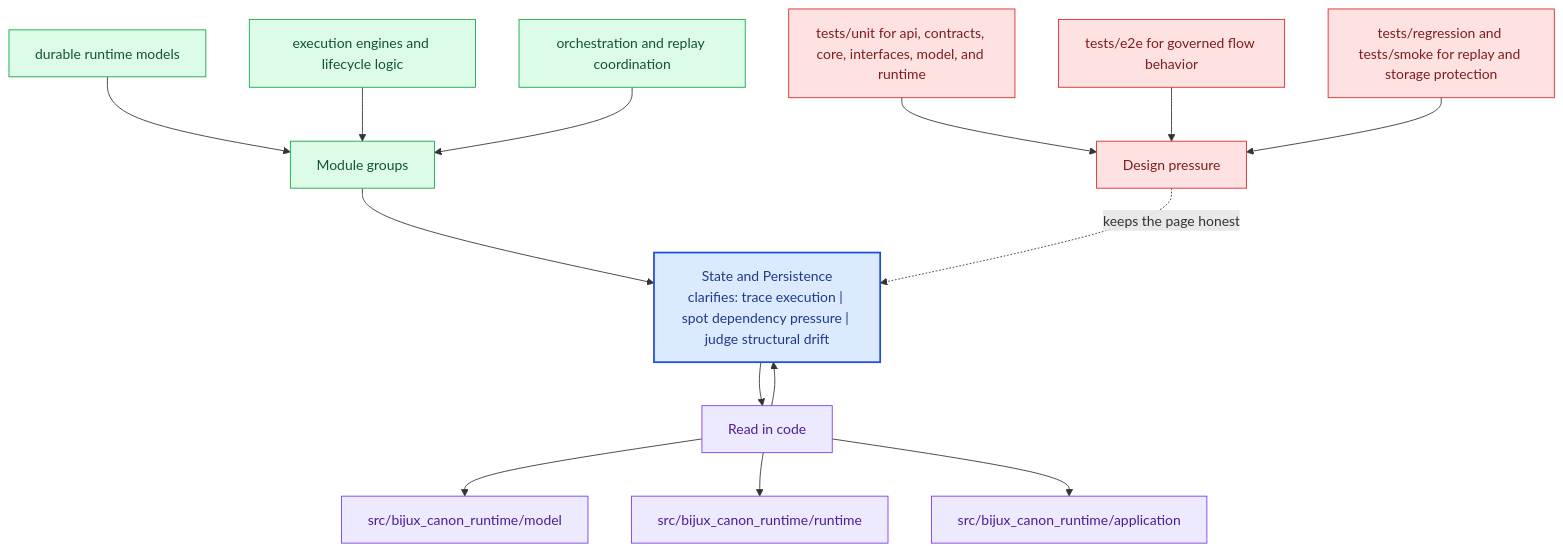
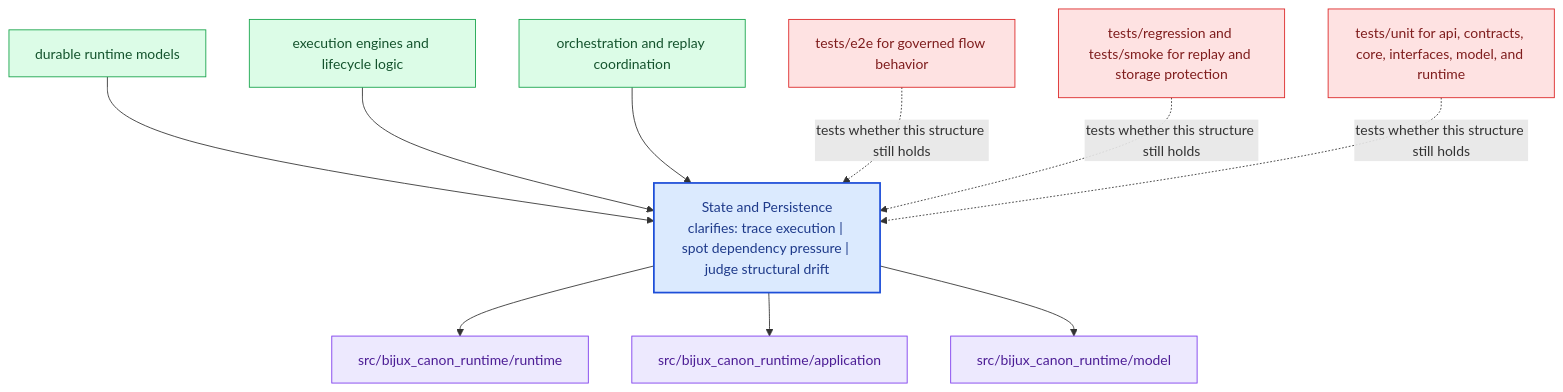
The diagram in docs/bijux-canon-runtime/architecture/state-and-persistence.md (bijux/bijux-canon), drawn with Mermaid before and after one commit. The commit also changed other lines of this file and 281 other files, not shown here.

Commit message:
docs(diagrams): replace repeated mermaid scaffolds with page-specific summaries

````diff
--- a/docs/bijux-canon-runtime/architecture/state-and-persistence.md
+++ b/docs/bijux-canon-runtime/architecture/state-and-persistence.md
@@ -68,40 +23,31 @@
 ```mermaid
 flowchart TB
-    promise["State and Persistence<br/>clarifies: trace execution | spot dependency pressure | judge structural drift"]
-    classDef promise fill:#dbeafe,stroke:#1d4ed8,color:#1e3a8a,stroke-width:2px;
-    classDef driver fill:#dcfce7,stroke:#16a34a,color:#14532d;
-    classDef constraint fill:#fee2e2,stroke:#dc2626,color:#7f1d1d;
-    classDef ground fill:#ede9fe,stroke:#7c3aed,color:#4c1d95;
-    focus1["Module groups"]
-    focus1 --> promise
-    focus1_1["durable runtime models"]
-    focus1_1 --> focus1
-    focus1_2["execution engines and lifecycle logic"]
-    focus1_2 --> focus1
-    focus1_3["orchestration and replay coordination"]
-    focus1_3 --> focus1
-    class focus1 driver;
-    class focus1_1,focus1_2,focus1_3 driver;
-    focus2["Read in code"]
-    focus2 --> promise
-    promise --> focus2
-    focus2_1["src/bijux_canon_runtime/model"]
-    focus2 --> focus2_1
-    focus2_2["src/bijux_canon_runtime/runtime"]
-    focus2 --> focus2_2
-    focus2_3["src/bijux_canon_runtime/application"]
-    focus2 --> focus2_3
-    class focus2 ground;
-    class focus2_1,focus2_2,focus2_3 ground;
-    focus3["Design pressure"]
-    focus3 -.keeps the page honest.-> promise
-    focus3_1["tests/unit for api, contracts, core, interfaces, model, and runtime"]
-    focus3_1 --> focus3
-    focus3_2["tests/e2e for governed flow behavior"]
-    focus3_2 --> focus3
-    focus3_3["tests/regression and tests/smoke for replay and storage protection"]
-    focus3_3 --> focus3
-    class focus3 constraint;
-    class focus3_1,focus3_2,focus3_3 constraint;
-    class promise promise;
+    page["State and Persistence<br/>clarifies: trace execution | spot dependency pressure | judge structural drift"]
+    classDef page fill:#dbeafe,stroke:#1d4ed8,color:#1e3a8a,stroke-width:2px;
+    classDef positive fill:#dcfce7,stroke:#16a34a,color:#14532d;
+    classDef caution fill:#fee2e2,stroke:#dc2626,color:#7f1d1d;
+    classDef anchor fill:#ede9fe,stroke:#7c3aed,color:#4c1d95;
+    classDef action fill:#fef3c7,stroke:#d97706,color:#7c2d12;
+    module1["durable runtime models"]
+    module1 --> page
+    module2["execution engines and lifecycle logic"]
+    module2 --> page
+    module3["orchestration and replay coordination"]
+    module3 --> page
+    code1["src/bijux_canon_runtime/runtime"]
+    page --> code1
+    code2["src/bijux_canon_runtime/application"]
+    page --> code2
+    code3["src/bijux_canon_runtime/model"]
+    page --> code3
+    pressure1["tests/e2e for governed flow behavior"]
+    pressure1 -.tests whether this structure still holds.-> page
+    pressure2["tests/regression and tests/smoke for replay and storage protection"]
+    pressure2 -.tests whether this structure still holds.-> page
+    pressure3["tests/unit for api, contracts, core, interfaces, model, and runtime"]
+    pressure3 -.tests whether this structure still holds.-> page
+    class page page;
+    class module1,module2,module3 positive;
+    class code1,code2,code3 anchor;
+    class pressure1,pressure2,pressure3 caution;
 ```
````
